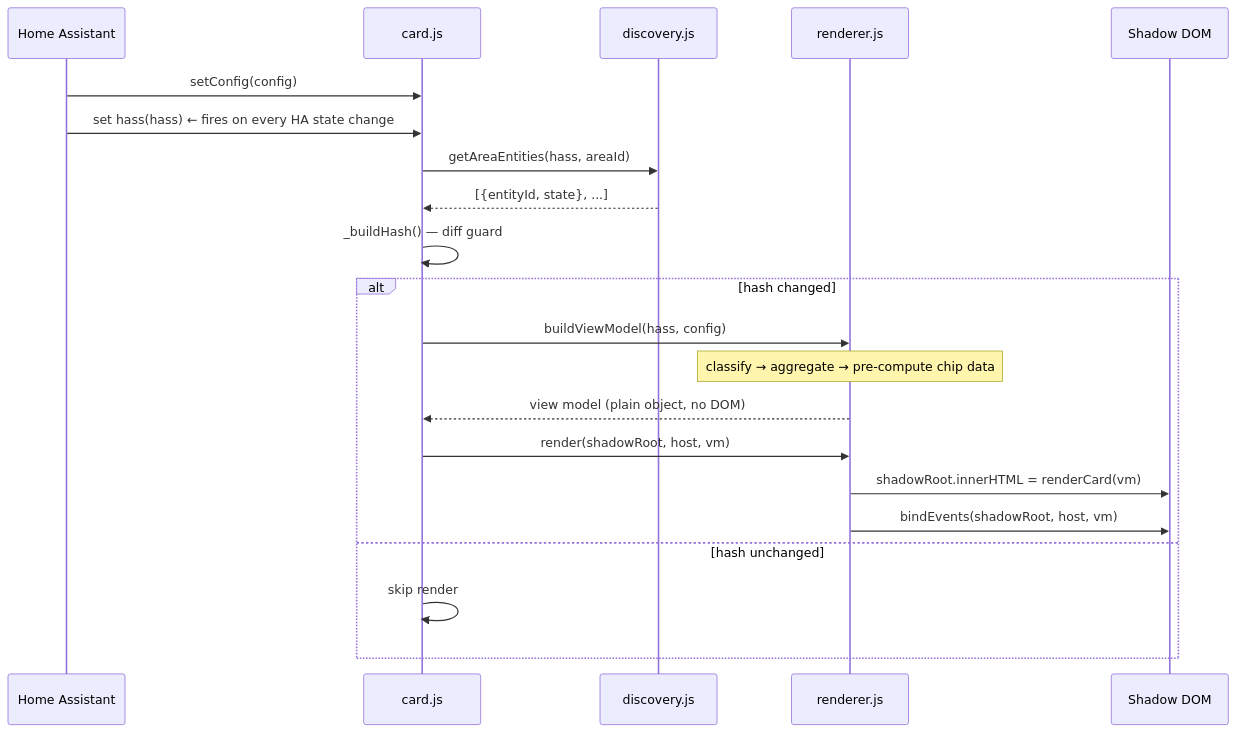
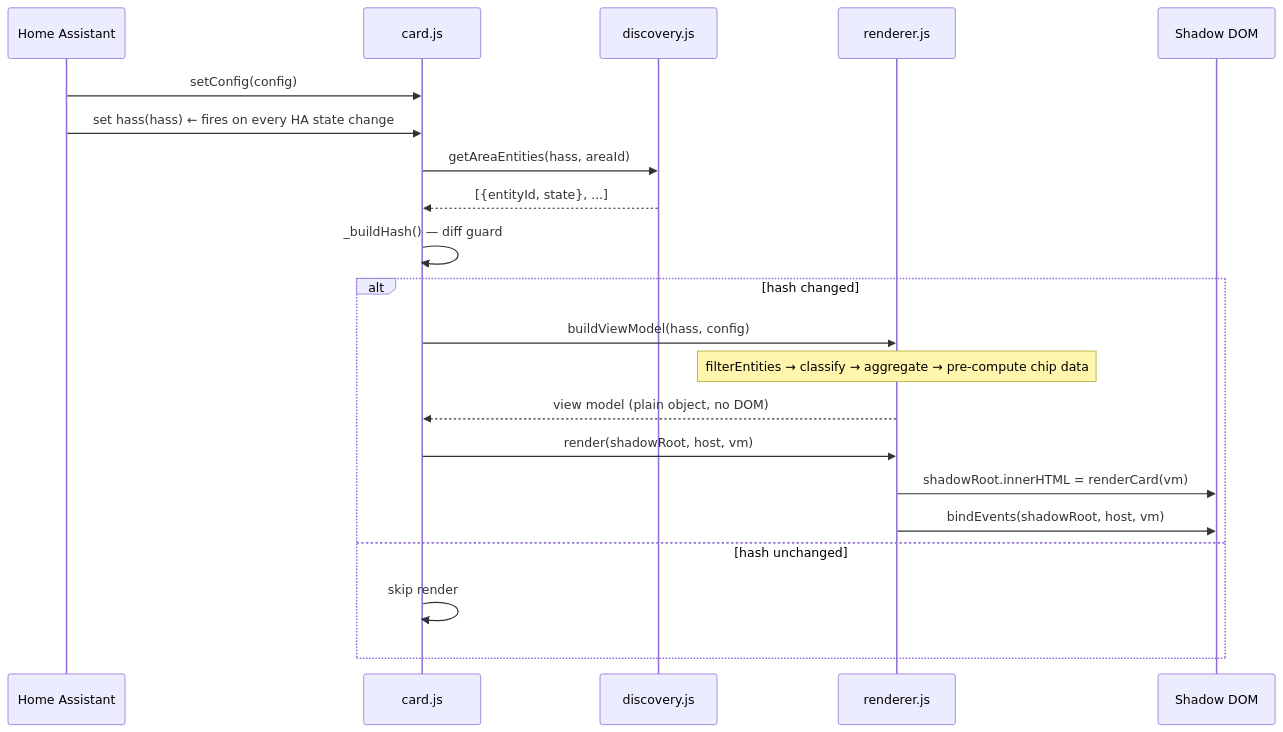
Before and after one commit to darknessnerd/hass-omnibus-card: the second of 3 diagrams in DEVELOPMENT.md, drawn with Mermaid. The commit also changed other lines of this file and 8 other files, not shown here.

````diff
--- a/DEVELOPMENT.md
+++ b/DEVELOPMENT.md
@@ -70,26 +70,26 @@
 ```mermaid
 sequenceDiagram
   participant HA as Home Assistant
   participant C  as card.js
   participant D  as discovery.js
   participant R  as renderer.js
   participant DOM as Shadow DOM
 
   HA->>C: setConfig(config)
   HA->>C: set hass(hass)  ← fires on every HA state change
 
   C->>D: getAreaEntities(hass, areaId)
   D-->>C: [{entityId, state}, ...]
   C->>C: _buildHash() — diff guard
 
   alt hash changed
     C->>R: buildViewModel(hass, config)
-    note over R: classify → aggregate → pre-compute chip data
+    note over R: filterEntities → classify → aggregate → pre-compute chip data
     R-->>C: view model (plain object, no DOM)
     C->>R: render(shadowRoot, host, vm)
     R->>DOM: shadowRoot.innerHTML = renderCard(vm)
     R->>DOM: bindEvents(shadowRoot, host, vm)
   else hash unchanged
     C->>C: skip render
   end
 ```
````
